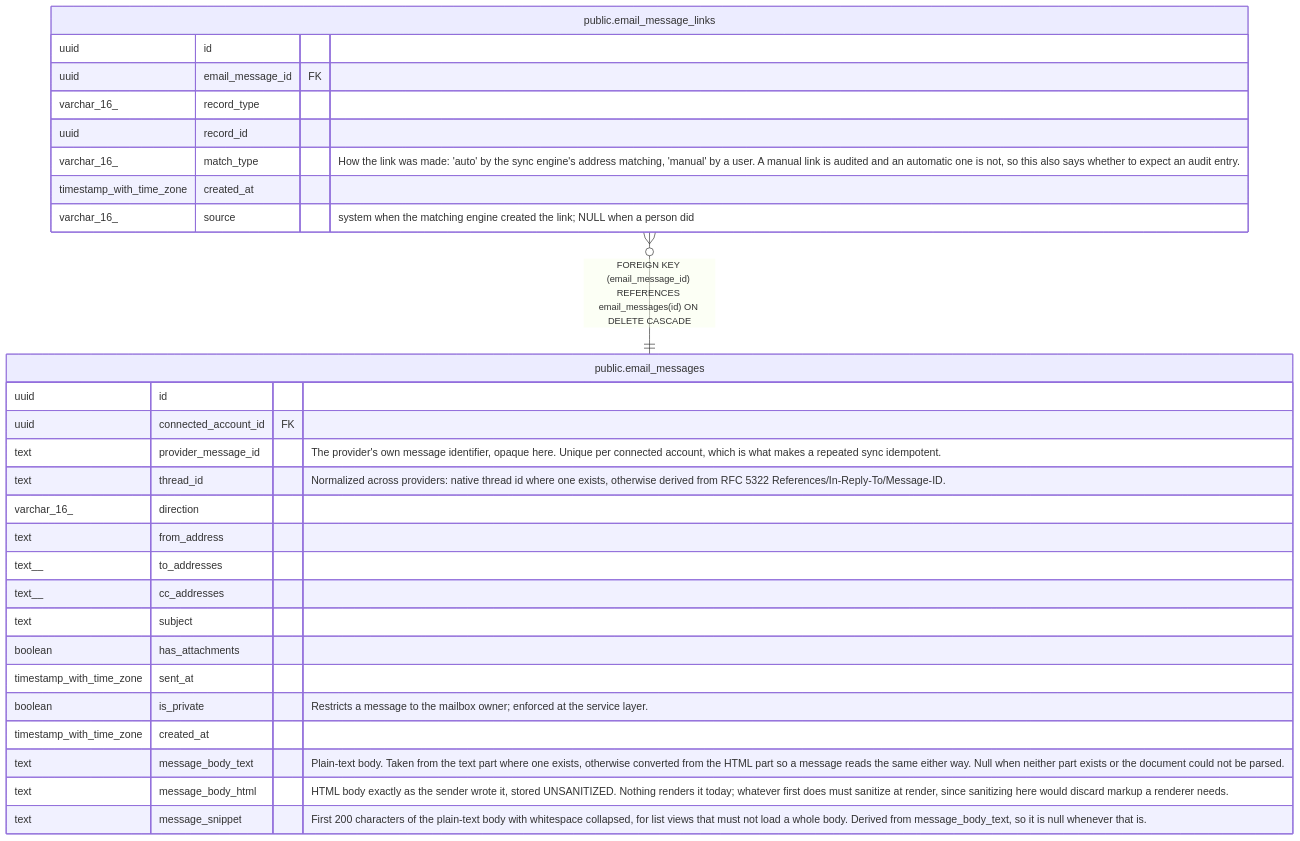
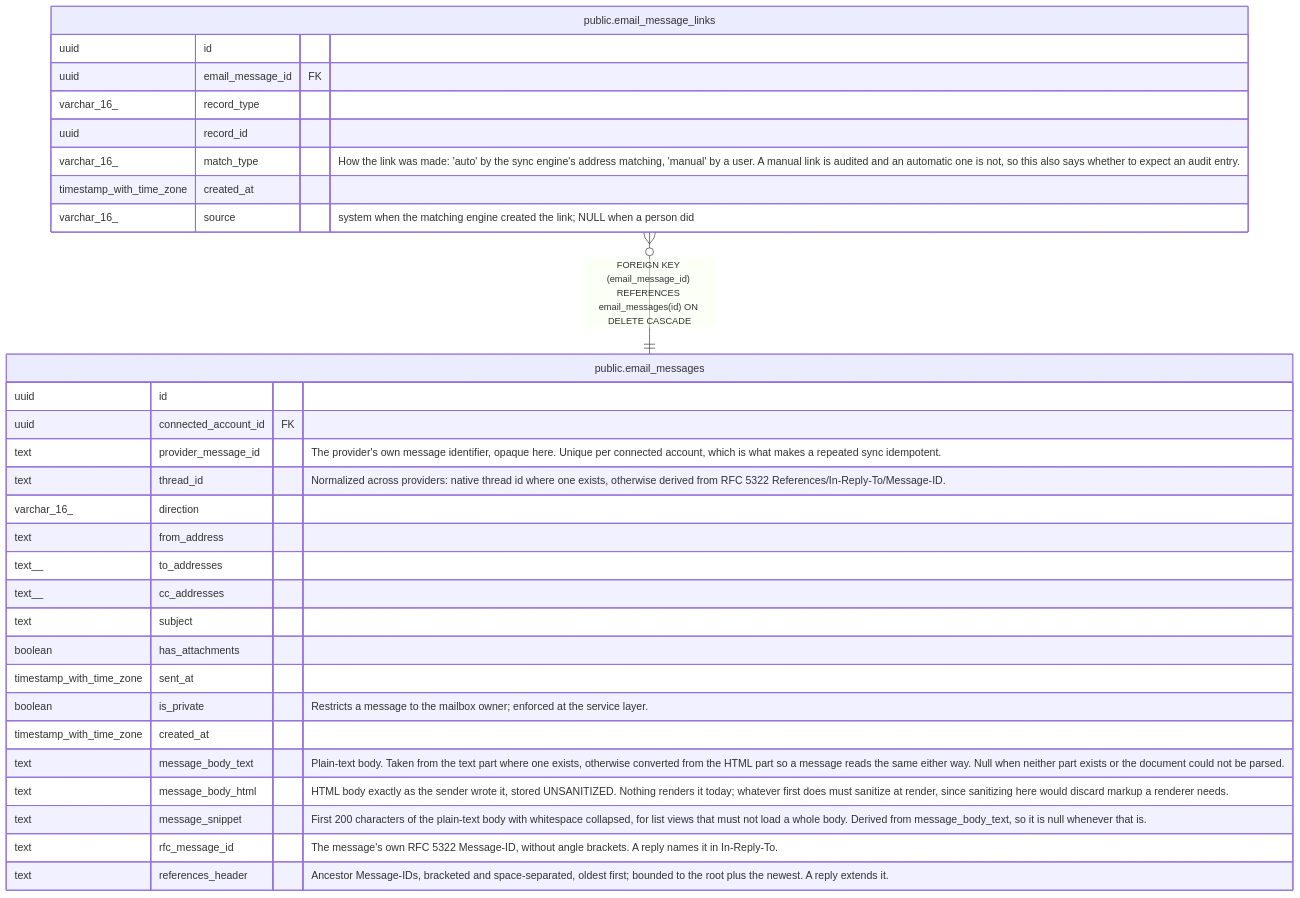
The diagram in docs/schema/public.email_message_links.md (rkseattle/minicrm), drawn with Mermaid before and after one commit. The commit also changed 19 other files, not shown here.

First line of the commit message:
MINCRM-579 - store each email's Message-ID and References

````diff
--- a/docs/schema/public.email_message_links.md
+++ b/docs/schema/public.email_message_links.md
@@ -40,33 +40,35 @@
 ```mermaid
 erDiagram
 
 "public.email_message_links" }o--|| "public.email_messages" : "FOREIGN KEY (email_message_id) REFERENCES email_messages(id) ON DELETE CASCADE"
 
 "public.email_message_links" {
   uuid id ""
   uuid email_message_id FK ""
   varchar_16_ record_type ""
   uuid record_id ""
   varchar_16_ match_type "How the link was made: 'auto' by the sync engine's address matching, 'manual' by a user. A manual link is audited and an automatic one is not, so this also says whether to expect an audit entry."
   timestamp_with_time_zone created_at ""
   varchar_16_ source "system when the matching engine created the link; NULL when a person did"
 }
 "public.email_messages" {
   uuid id ""
   uuid connected_account_id FK ""
   text provider_message_id "The provider's own message identifier, opaque here. Unique per connected account, which is what makes a repeated sync idempotent."
   text thread_id "Normalized across providers: native thread id where one exists, otherwise derived from RFC 5322 References/In-Reply-To/Message-ID."
   varchar_16_ direction ""
   text from_address ""
   text__ to_addresses ""
   text__ cc_addresses ""
   text subject ""
   boolean has_attachments ""
   timestamp_with_time_zone sent_at ""
   boolean is_private "Restricts a message to the mailbox owner; enforced at the service layer."
   timestamp_with_time_zone created_at ""
   text message_body_text "Plain-text body. Taken from the text part where one exists, otherwise converted from the HTML part so a message reads the same either way. Null when neither part exists or the document could not be parsed."
   text message_body_html "HTML body exactly as the sender wrote it, stored UNSANITIZED. Nothing renders it today; whatever first does must sanitize at render, since sanitizing here would discard markup a renderer needs."
   text message_snippet "First 200 characters of the plain-text body with whitespace collapsed, for list views that must not load a whole body. Derived from message_body_text, so it is null whenever that is."
+  text rfc_message_id "The message's own RFC 5322 Message-ID, without angle brackets. A reply names it in In-Reply-To."
+  text references_header "Ancestor Message-IDs, bracketed and space-separated, oldest first; bounded to the root plus the newest. A reply extends it."
 }
 ```
````
